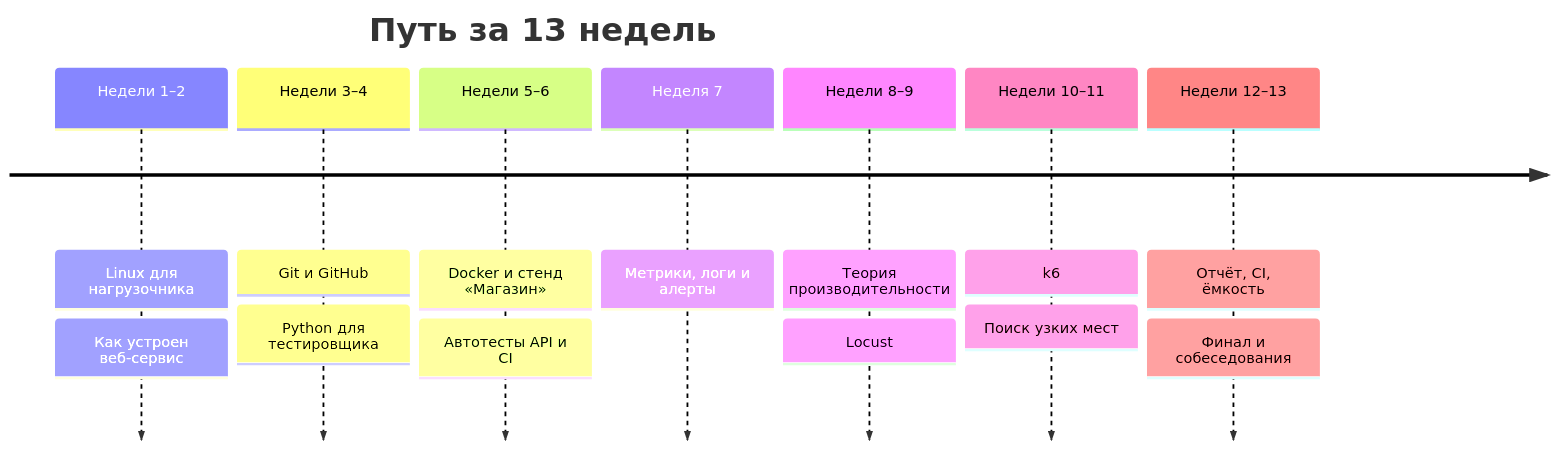
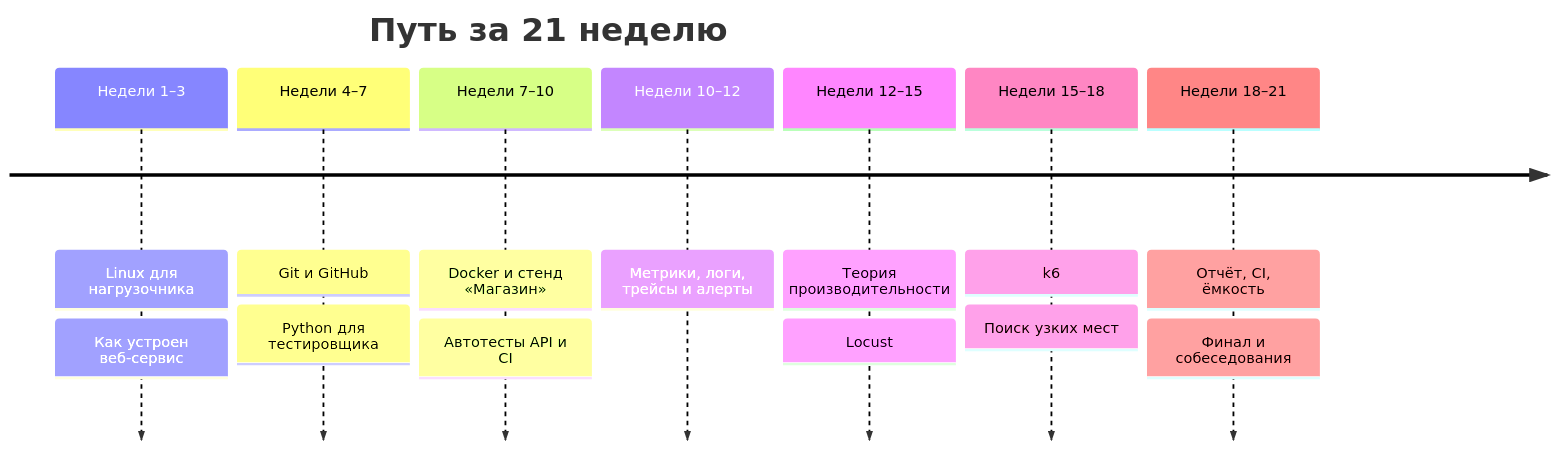
The diagram in schedule.md (distinguished-sre/load-tester), drawn with Mermaid before and after one commit. The commit also changed other lines of this file and 67 other files, not shown here.

````diff
--- a/schedule.md
+++ b/schedule.md
@@ -11,11 +11,11 @@
 ```mermaid
 timeline
-    title Путь за 13 недель
-    Недели 1–2 : Linux для нагрузочника : Как устроен веб-сервис
-    Недели 3–4 : Git и GitHub : Python для тестировщика
-    Недели 5–6 : Docker и стенд «Магазин» : Автотесты API и CI
-    Неделя 7 : Метрики, логи и алерты
-    Недели 8–9 : Теория производительности : Locust
-    Недели 10–11 : k6 : Поиск узких мест
-    Недели 12–13 : Отчёт, CI, ёмкость : Финал и собеседования
+    title Путь за 21 неделю
+    Недели 1–3 : Linux для нагрузочника : Как устроен веб-сервис
+    Недели 4–7 : Git и GitHub : Python для тестировщика
+    Недели 7–10 : Docker и стенд «Магазин» : Автотесты API и CI
+    Недели 10–12 : Метрики, логи, трейсы и алерты
+    Недели 12–15 : Теория производительности : Locust
+    Недели 15–18 : k6 : Поиск узких мест
+    Недели 18–21 : Отчёт, CI, ёмкость : Финал и собеседования
 ```
````
